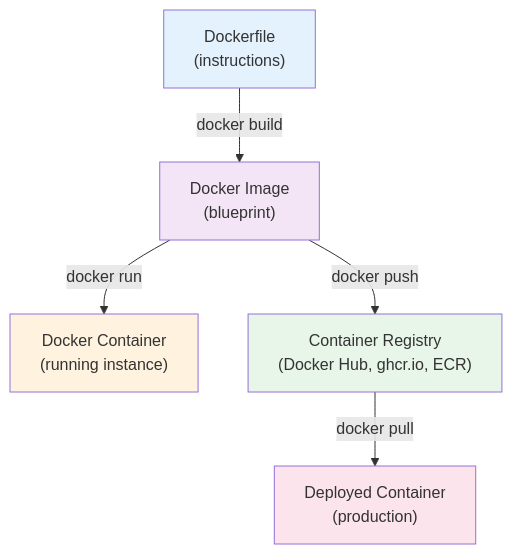
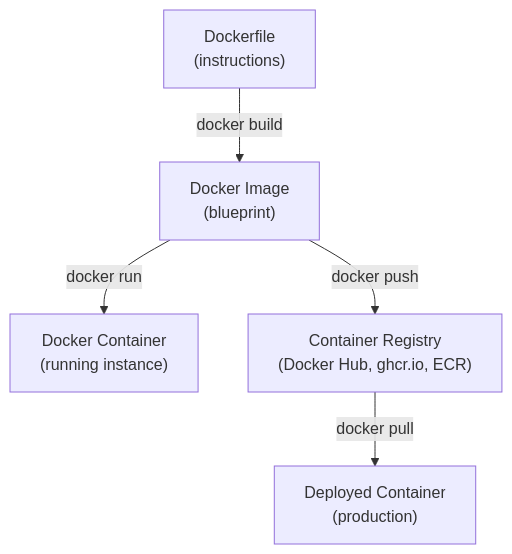
The first of 2 diagrams in docs/theory/02-containerization-docker.md (nitinkc/DevOpsLearning), drawn with Mermaid before and after one commit. The commit also changed other lines of this file and 46 other files, not shown here.

````diff
--- a/docs/theory/02-containerization-docker.md
+++ b/docs/theory/02-containerization-docker.md
@@ -30,13 +30,8 @@
-<div class="mermaid">
+```mermaid
 graph TB
     A["Dockerfile<br/>(instructions)"] -->|docker build| B["Docker Image<br/>(blueprint)"]
     B -->|docker run| C["Docker Container<br/>(running instance)"]
     B -->|docker push| D["Container Registry<br/>(Docker Hub, ghcr.io, ECR)"]
     D -->|docker pull| E["Deployed Container<br/>(production)"]
-    
-    style A fill:#e3f2fd
-    style B fill:#f3e5f5
-    style C fill:#fff3e0
-    style D fill:#e8f5e9
-    style E fill:#fce4ec
-</div>
+
+```
````
